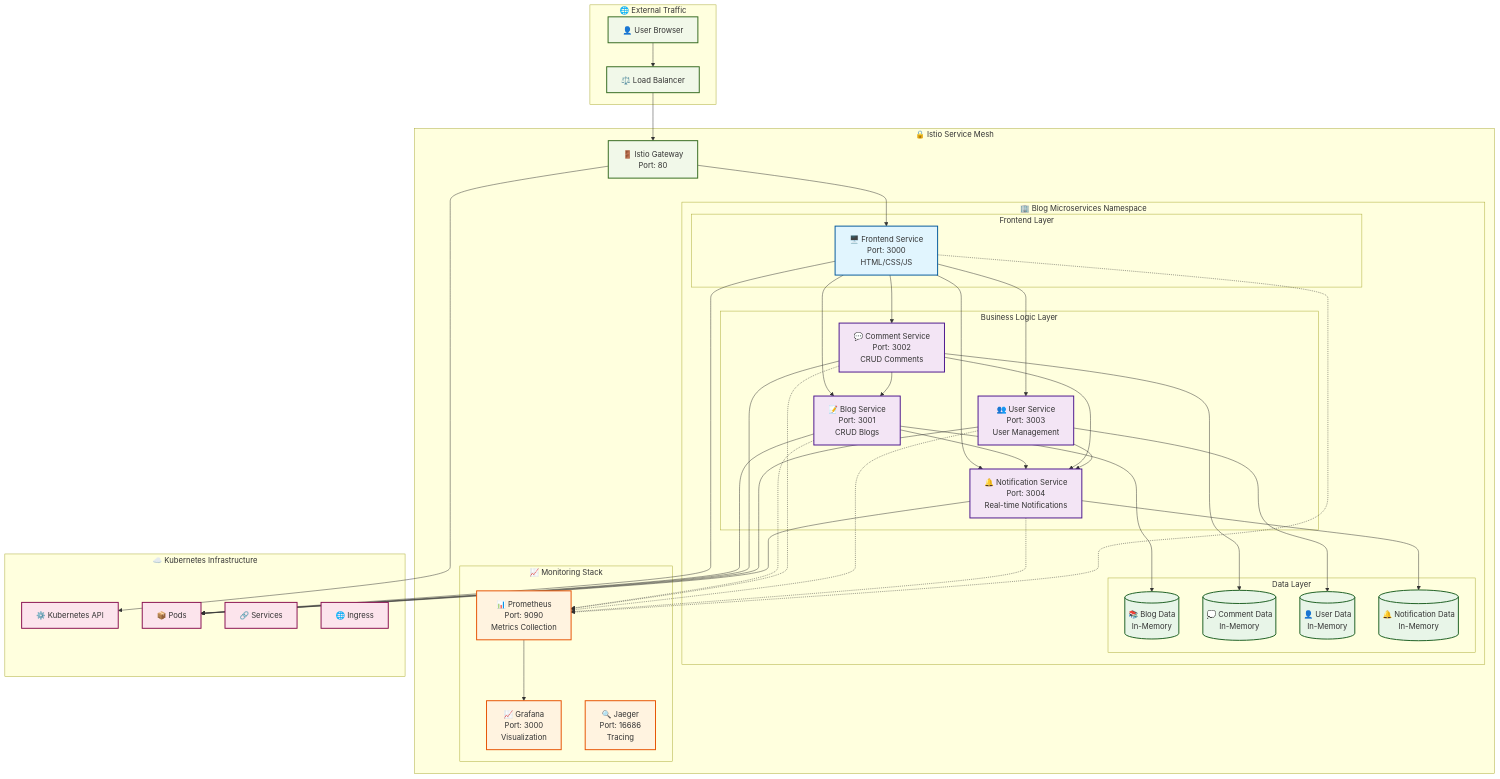
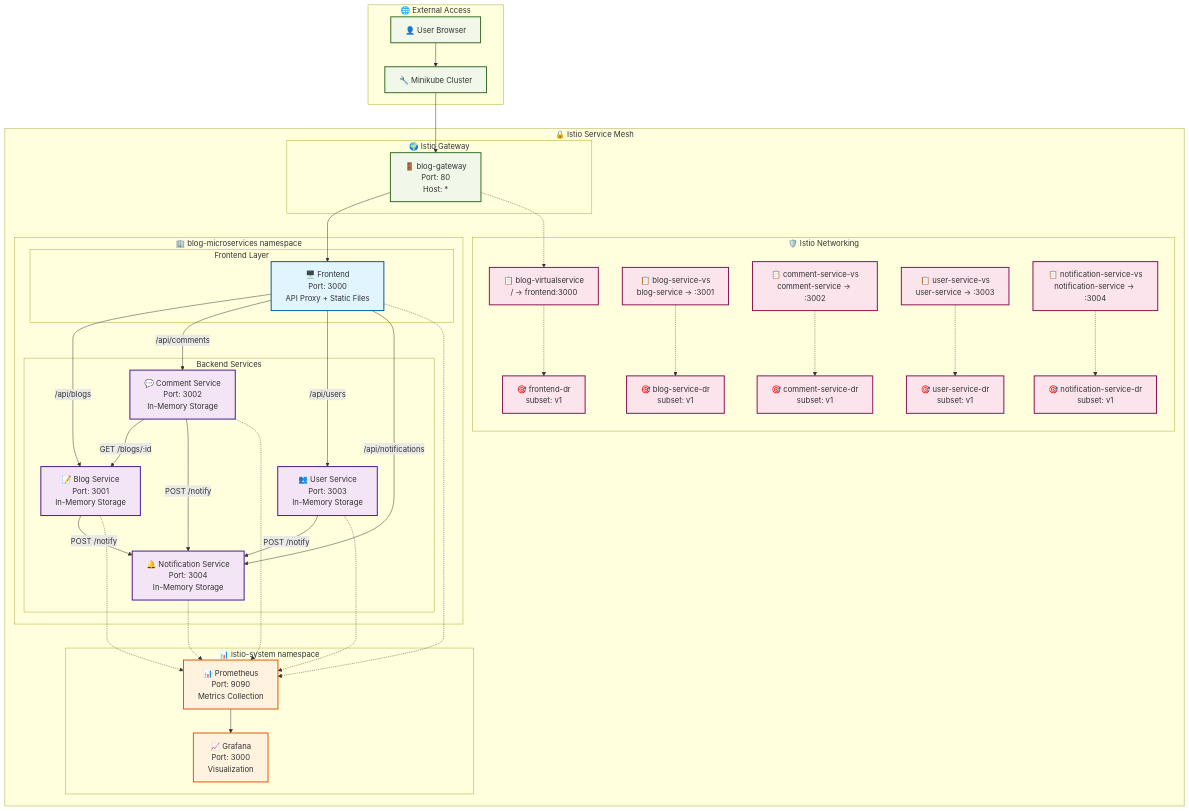
Before and after one commit to vvt911/blog-microservices: the first of 9 diagrams in docs/architecture-diagrams.md, drawn with Mermaid. The commit also changed other lines of this file and 2 other files, not shown here.

````diff
--- a/docs/architecture-diagrams.md
+++ b/docs/architecture-diagrams.md
@@ -5,99 +5,92 @@
 ```mermaid
 graph TB
-    subgraph "🌐 External Traffic"
+    subgraph "🌐 External Access"
         User[👤 User Browser]
-        LoadBalancer[⚖️ Load Balancer]
+        Minikube[🔧 Minikube Cluster]
     end
     
     subgraph "🔒 Istio Service Mesh"
-        Gateway[🚪 Istio Gateway<br/>Port: 80]
+        subgraph "🌍 Istio Gateway"
+            Gateway[🚪 blog-gateway<br/>Port: 80<br/>Host: *]
+        end
         
-        subgraph "🏢 Blog Microservices Namespace"
+        subgraph "🏢 blog-microservices namespace"
             subgraph "Frontend Layer"
-                Frontend[🖥️ Frontend Service<br/>Port: 3000<br/>HTML/CSS/JS]
+                Frontend[🖥️ Frontend<br/>Port: 3000<br/>API Proxy + Static Files]
             end
             
-            subgraph "Business Logic Layer"
-                BlogService[📝 Blog Service<br/>Port: 3001<br/>CRUD Blogs]
-                CommentService[💬 Comment Service<br/>Port: 3002<br/>CRUD Comments]
-                UserService[👥 User Service<br/>Port: 3003<br/>User Management]
-                NotificationService[🔔 Notification Service<br/>Port: 3004<br/>Real-time Notifications]
-            end
-            
-            subgraph "Data Layer"
-                BlogDB[(📚 Blog Data<br/>In-Memory)]
-                CommentDB[(💭 Comment Data<br/>In-Memory)]
-                UserDB[(👤 User Data<br/>In-Memory)]
-                NotificationDB[(🔔 Notification Data<br/>In-Memory)]
+            subgraph "Backend Services"
+                BlogService[📝 Blog Service<br/>Port: 3001<br/>In-Memory Storage]
+                CommentService[💬 Comment Service<br/>Port: 3002<br/>In-Memory Storage]
+                UserService[👥 User Service<br/>Port: 3003<br/>In-Memory Storage]
+                NotificationService[🔔 Notification Service<br/>Port: 3004<br/>In-Memory Storage]
             end
         end
         
-        subgraph "📈 Monitoring Stack"
+        subgraph "🛡️ Istio Networking"
+            VS1[📋 blog-virtualservice<br/>/ → frontend:3000]
+            VS2[📋 blog-service-vs<br/>blog-service → :3001]
+            VS3[📋 comment-service-vs<br/>comment-service → :3002]
+            VS4[📋 user-service-vs<br/>user-service → :3003]
+            VS5[📋 notification-service-vs<br/>notification-service → :3004]
+            
+            DR1[🎯 frontend-dr<br/>subset: v1]
+            DR2[🎯 blog-service-dr<br/>subset: v1]
+            DR3[🎯 comment-service-dr<br/>subset: v1]
+            DR4[🎯 user-service-dr<br/>subset: v1]
+            DR5[🎯 notification-service-dr<br/>subset: v1]
+        end
+        
+        subgraph "📊 istio-system namespace"
             Prometheus[📊 Prometheus<br/>Port: 9090<br/>Metrics Collection]
             Grafana[📈 Grafana<br/>Port: 3000<br/>Visualization]
-            Jaeger[🔍 Jaeger<br/>Port: 16686<br/>Tracing]
         end
     end
     
-    subgraph "☁️ Kubernetes Infrastructure"
-        K8sAPI[⚙️ Kubernetes API]
-        Pods[📦 Pods]
-        Services[🔗 Services]
-        Ingress[🌐 Ingress]
-    end
-    
     %% User Flow
-    User --> LoadBalancer
-    LoadBalancer --> Gateway
+    User --> Minikube
+    Minikube --> Gateway
     Gateway --> Frontend
     
-    %% Frontend to Services
-    Frontend --> BlogService
-    Frontend --> CommentService
-    Frontend --> UserService
-    Frontend --> NotificationService
+    %% Frontend API Proxy Routes
+    Frontend --> |/api/blogs| BlogService
+    Frontend --> |/api/comments| CommentService
+    Frontend --> |/api/users| UserService
+    Frontend --> |/api/notifications| NotificationService
     
-    %% Service Interactions
-    BlogService --> NotificationService
-    CommentService --> BlogService
-    CommentService --> NotificationService
-    UserService --> NotificationService
+    %% Inter-Service Communication
+    BlogService --> |POST /notify| NotificationService
+    CommentService --> |GET /blogs/:id| BlogService
+    CommentService --> |POST /notify| NotificationService
+    UserService --> |POST /notify| NotificationService
     
-    %% Data Connections
-    BlogService --> BlogDB
-    CommentService --> CommentDB
-    UserService --> UserDB
-    NotificationService --> NotificationDB
+    %% Istio Configuration
+    Gateway -.-> VS1
+    VS1 -.-> DR1
+    VS2 -.-> DR2
+    VS3 -.-> DR3
+    VS4 -.-> DR4
+    VS5 -.-> DR5
     
-    %% Monitoring
+    %% Monitoring (Envoy Sidecar)
+    Frontend -.-> Prometheus
     BlogService -.-> Prometheus
     CommentService -.-> Prometheus
     UserService -.-> Prometheus
     NotificationService -.-> Prometheus
-    Frontend -.-> Prometheus
     
     Prometheus --> Grafana
-    
-    %% Kubernetes
-    Gateway --> K8sAPI
-    Frontend --> Pods
-    BlogService --> Pods
-    CommentService --> Pods
-    UserService --> Pods
-    NotificationService --> Pods
     
     %% Styling
     classDef frontend fill:#e1f5fe,stroke:#01579b,stroke-width:2px
     classDef backend fill:#f3e5f5,stroke:#4a148c,stroke-width:2px
-    classDef database fill:#e8f5e8,stroke:#1b5e20,stroke-width:2px
     classDef monitoring fill:#fff3e0,stroke:#e65100,stroke-width:2px
-    classDef infrastructure fill:#fce4ec,stroke:#880e4f,stroke-width:2px
     classDef external fill:#f1f8e9,stroke:#33691e,stroke-width:2px
+    classDef istio fill:#fce4ec,stroke:#880e4f,stroke-width:2px
     
     class Frontend frontend
     class BlogService,CommentService,UserService,NotificationService backend
-    class BlogDB,CommentDB,UserDB,NotificationDB database
-    class Prometheus,Grafana,Jaeger monitoring
-    class K8sAPI,Pods,Services,Ingress infrastructure
-    class User,LoadBalancer,Gateway external
+    class Prometheus,Grafana monitoring
+    class User,Minikube,Gateway external
+    class VS1,VS2,VS3,VS4,VS5,DR1,DR2,DR3,DR4,DR5 istio
 ```
````
